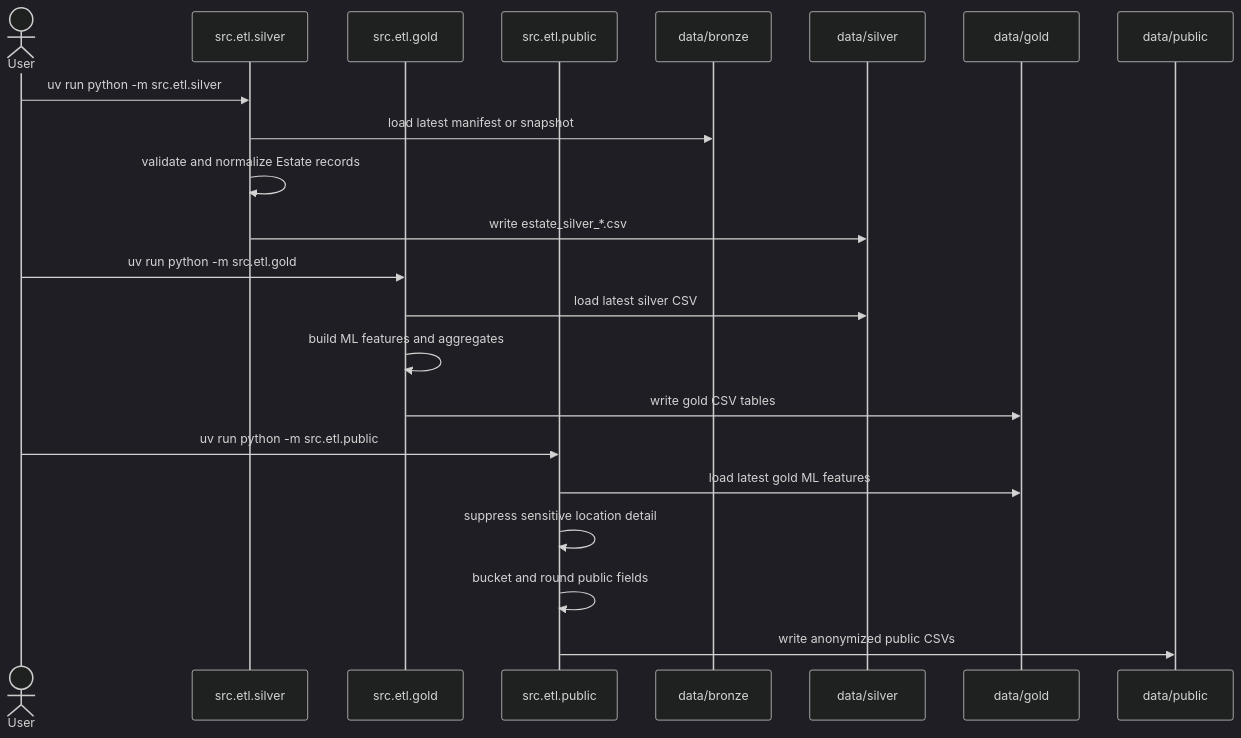
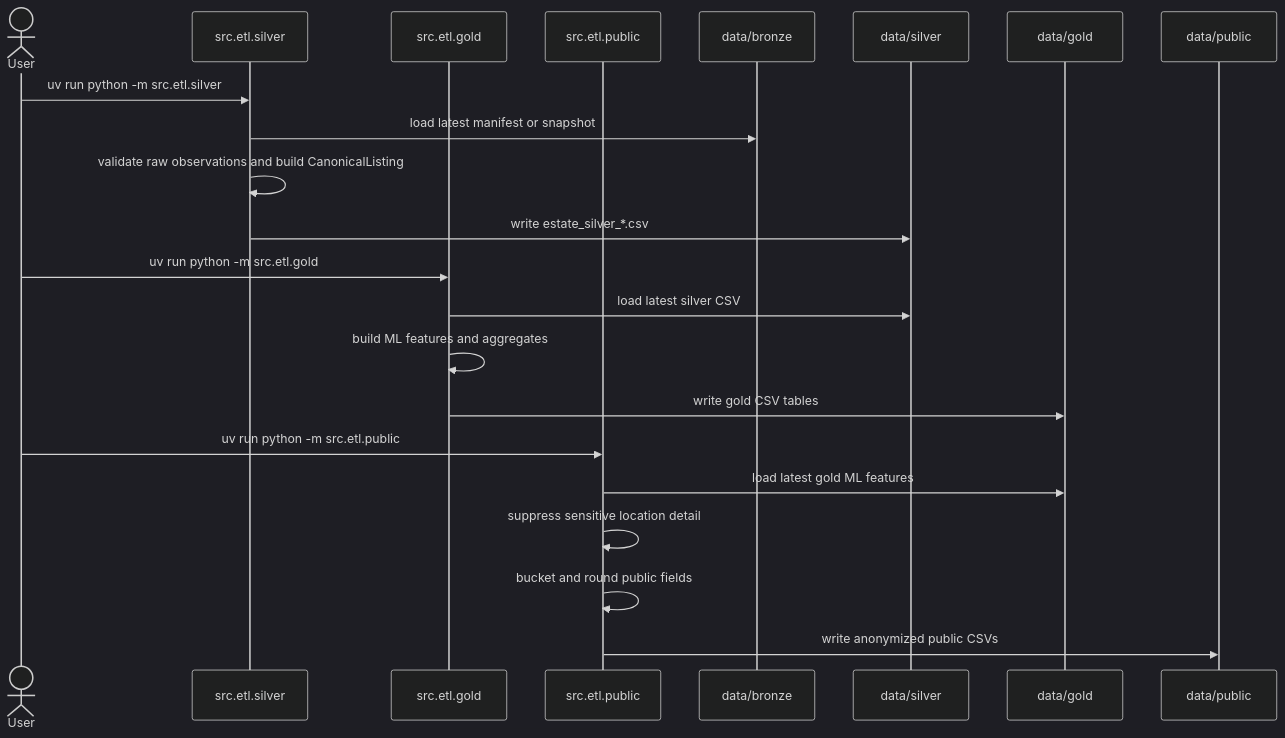
One commit to bi3lu/polish-real-estate-price-aggregates changed the diagram in docs/etl-sequence.md. Above: the diagram before and after it, drawn with Mermaid (dark theme). The commit also changed 29 other files, not shown here.

````diff
--- a/docs/etl-sequence.md
+++ b/docs/etl-sequence.md
@@ -3,27 +3,27 @@
 ```mermaid
 sequenceDiagram
     actor User
     participant Silver as src.etl.silver
     participant Gold as src.etl.gold
     participant Public as src.etl.public
     participant BronzeData as data/bronze
     participant SilverData as data/silver
     participant GoldData as data/gold
     participant PublicData as data/public
 
     User->>Silver: uv run python -m src.etl.silver
     Silver->>BronzeData: load latest manifest or snapshot
-    Silver->>Silver: validate and normalize Estate records
+    Silver->>Silver: validate raw observations and build CanonicalListing
     Silver->>SilverData: write estate_silver_*.csv
 
     User->>Gold: uv run python -m src.etl.gold
     Gold->>SilverData: load latest silver CSV
     Gold->>Gold: build ML features and aggregates
     Gold->>GoldData: write gold CSV tables
 
     User->>Public: uv run python -m src.etl.public
     Public->>GoldData: load latest gold ML features
     Public->>Public: suppress sensitive location detail
     Public->>Public: bucket and round public fields
     Public->>PublicData: write anonymized public CSVs
 ```
````
